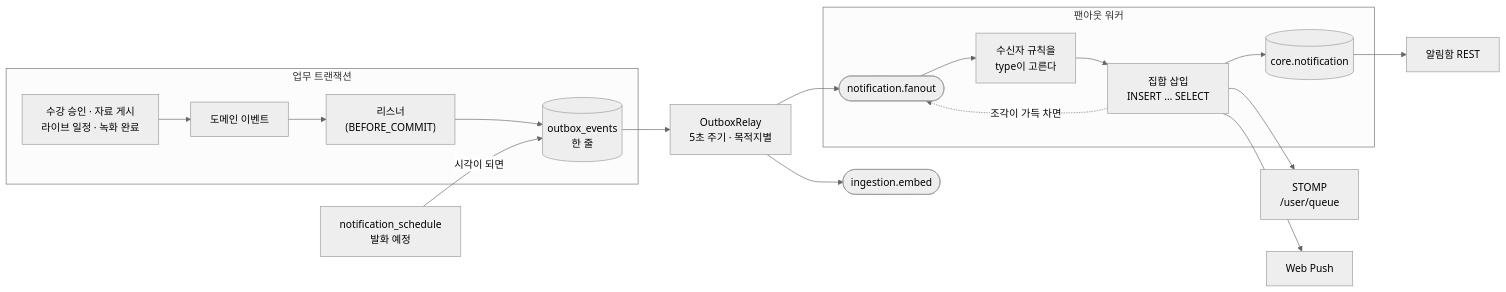
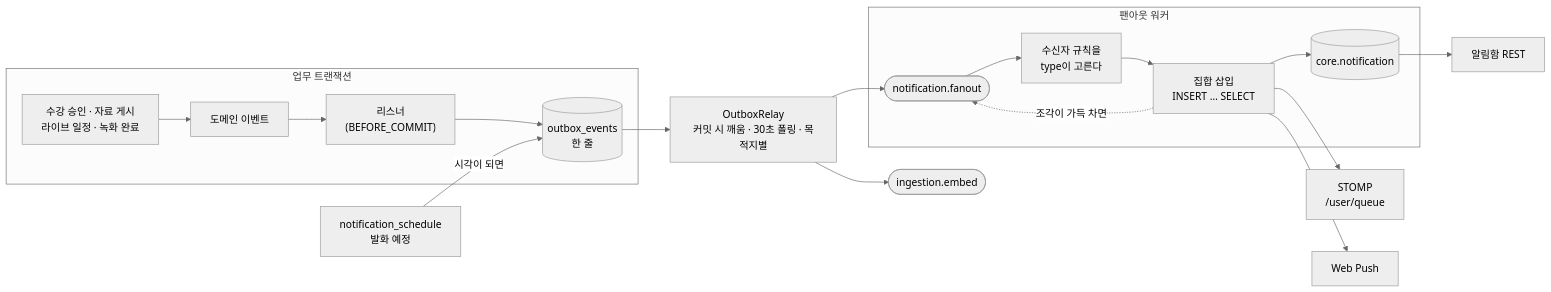
Before and after one commit to thdwjdrl401/jiphyeonjeon: the diagram in docs/NOTIFICATION-CENTER.md, drawn with Mermaid (neutral theme). The commit also changed other lines of this file and 108 other files, not shown here.

````diff
--- a/docs/NOTIFICATION-CENTER.md
+++ b/docs/NOTIFICATION-CENTER.md
@@ -35,25 +35,25 @@
 ```mermaid
 flowchart LR
   subgraph 업무["업무 트랜잭션"]
     A["수강 승인 · 자료 게시<br/>라이브 일정 · 녹화 완료"] --> B["도메인 이벤트"]
     B --> C["리스너<br/>(BEFORE_COMMIT)"]
     C --> D[("outbox_events<br/>한 줄")]
   end
 
-  D --> E["OutboxRelay<br/>5초 주기 · 목적지별"]
+  D --> E["OutboxRelay<br/>커밋 시 깨움 · 30초 폴링 · 목적지별"]
   E --> F(["notification.fanout"])
   E --> G(["ingestion.embed"])
 
   subgraph 워커["팬아웃 워커"]
     F --> H["수신자 규칙을<br/>type이 고른다"]
     H --> I["집합 삽입<br/>INSERT … SELECT"]
     I --> J[("core.notification")]
     I -.->|"조각이 가득 차면"| F
   end
 
   J --> K["알림함 REST"]
   I --> L["STOMP<br/>/user/queue"]
   I --> M["Web Push"]
 
   N["notification_schedule<br/>발화 예정"] -->|"시각이 되면"| D
 ```
````
